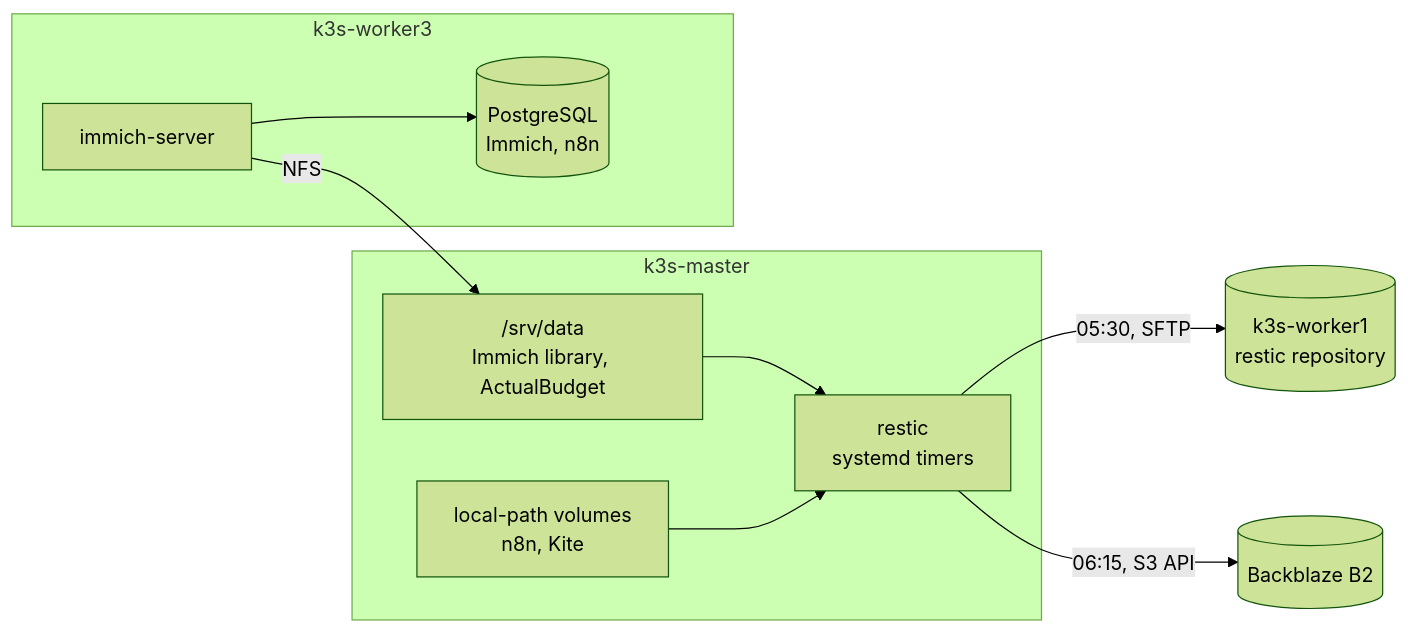
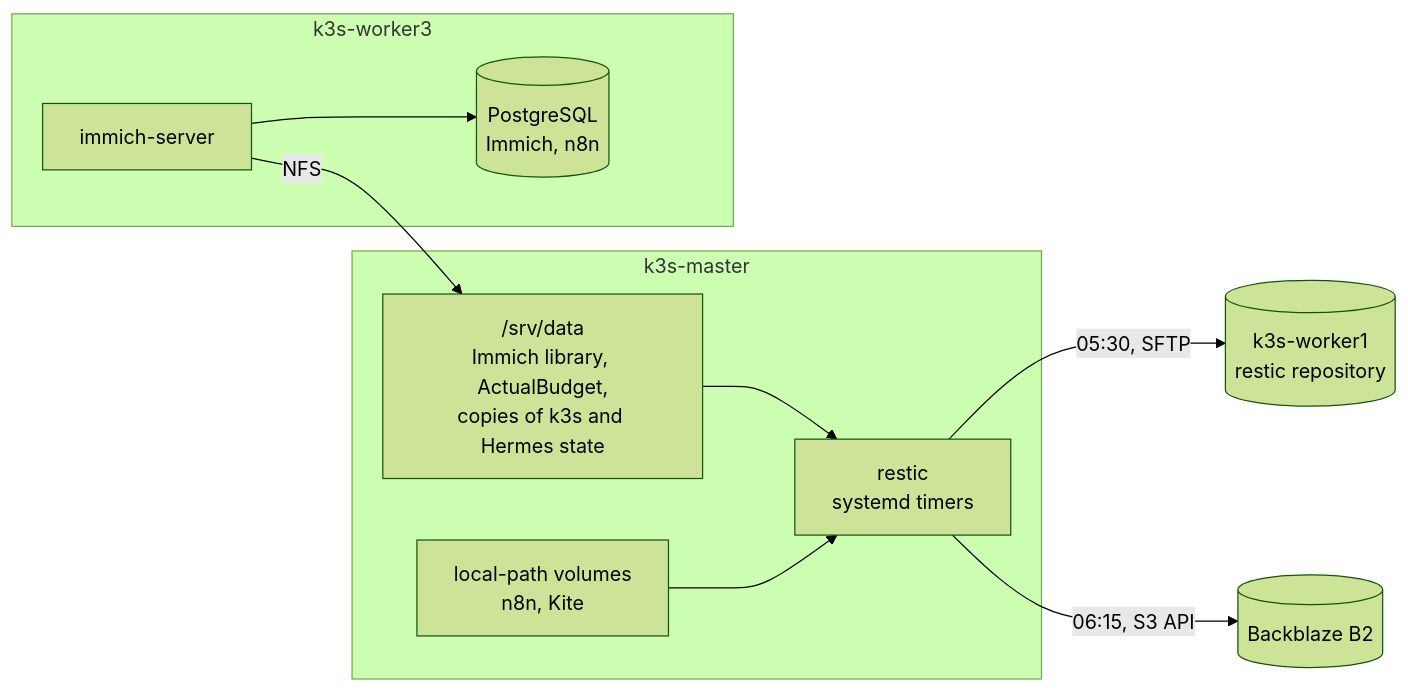
The third of 3 diagrams in docs/architecture.md (yuandrk/homelabops), drawn with Mermaid (forest theme) before and after one commit. The commit also changed 6 other files, not shown here.

First line of the commit message:
backup: consistent copies of ActualBudget, the k3s datastore and Hermes

````diff
--- a/docs/architecture.md
+++ b/docs/architecture.md
@@ -93,18 +93,18 @@
 ```mermaid
 flowchart LR
     subgraph master["k3s-master"]
-        data["/srv/data<br/>Immich library, ActualBudget"]
+        data["/srv/data<br/>Immich library, ActualBudget,<br/>copies of k3s and Hermes state"]
         pvcs["local-path volumes<br/>n8n, Kite"]
         restic["restic<br/>systemd timers"]
     end
     subgraph worker3["k3s-worker3"]
         immich["immich-server"]
         pg[("PostgreSQL<br/>Immich, n8n")]
     end
     immich -->|"NFS"| data
     immich --> pg
     data --> restic
     pvcs --> restic
     restic -->|"05:30, SFTP"| local[("k3s-worker1<br/>restic repository")]
     restic -->|"06:15, S3 API"| b2[("Backblaze B2")]
 ```
````
